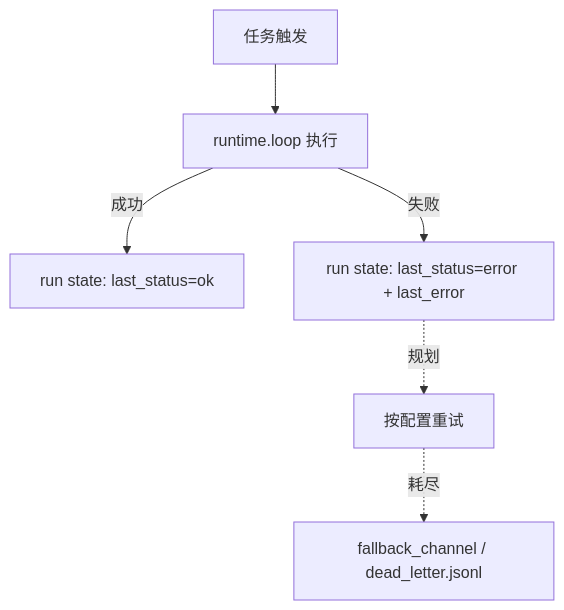
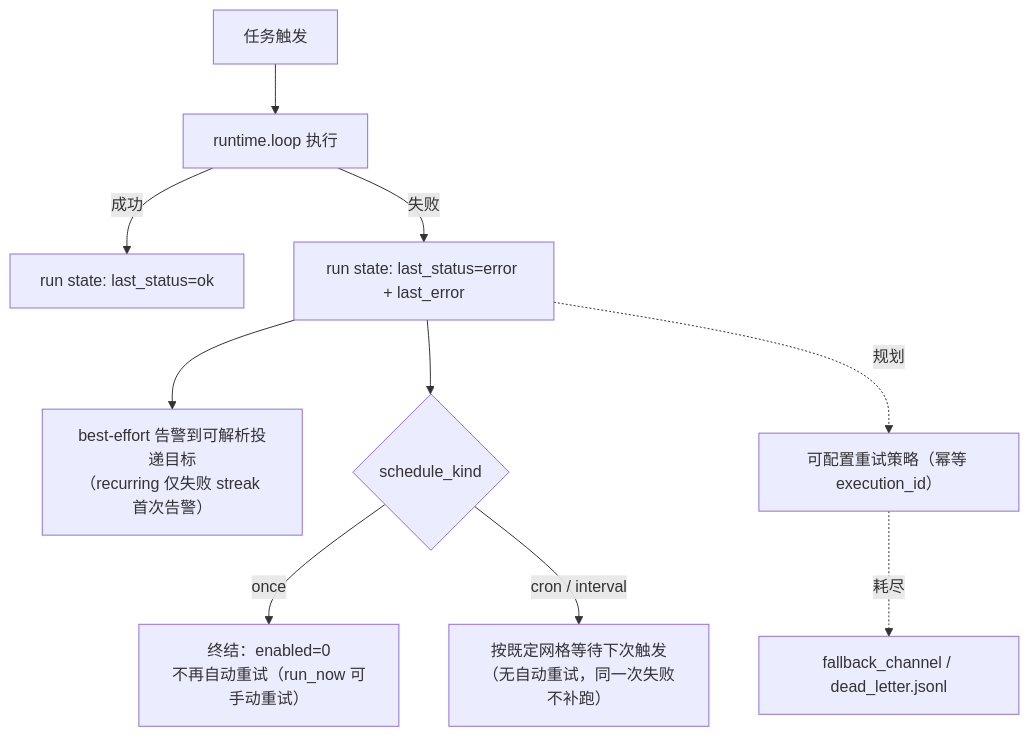
One commit to Summy2104/fleetent changed the second of 2 diagrams in docs/capabilities/scheduling.md. Above: the diagram before and after it, drawn with Mermaid. The commit also changed other lines of this file, not shown here.

First line of the commit message:
docs(scheduling): document once terminal-close, failure alerts, and run_at tz

````diff
--- a/docs/capabilities/scheduling.md
+++ b/docs/capabilities/scheduling.md
@@ -47,8 +47,12 @@
 ```mermaid
 flowchart TD
     TRIGGER[任务触发] --> EXEC1["runtime.loop 执行"]
     EXEC1 -->|"成功"| LOG_OK["run state: last_status=ok"]
     EXEC1 -->|"失败"| LOG_ERR["run state: last_status=error + last_error"]
-    LOG_ERR -.->|"规划"| RETRY["按配置重试"]
+    LOG_ERR --> ALERT["best-effort 告警到可解析投递目标<br/>（recurring 仅失败 streak 首次告警）"]
+    LOG_ERR --> KIND{schedule_kind}
+    KIND -->|"once"| CLOSE["终结：enabled=0<br/>不再自动重试（run_now 可手动重试）"]
+    KIND -->|"cron / interval"| NEXT["按既定网格等待下次触发<br/>（无自动重试，同一次失败不补跑）"]
+    LOG_ERR -.->|"规划"| RETRY["可配置重试策略（幂等 execution_id）"]
     RETRY -.->|"耗尽"| DL["fallback_channel / dead_letter.jsonl"]
 ```
````
